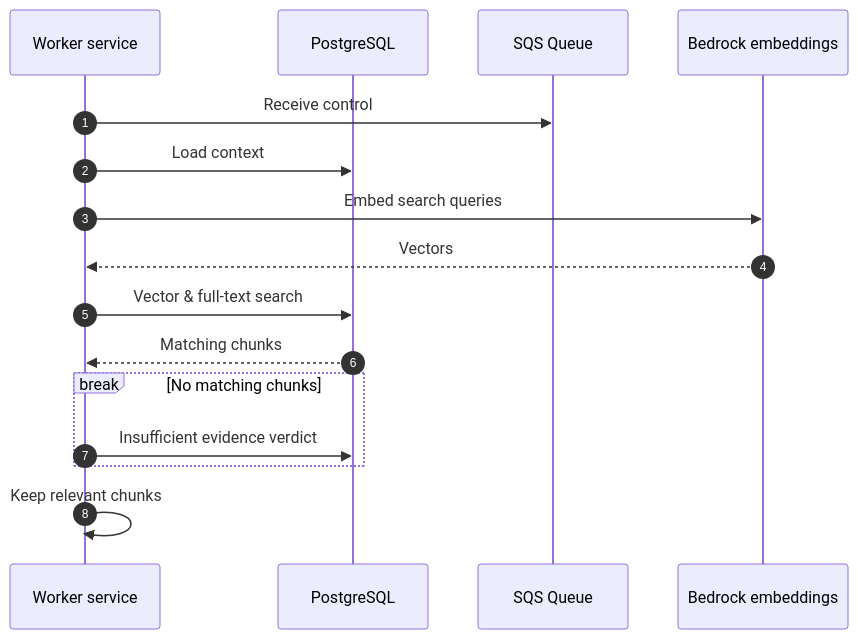
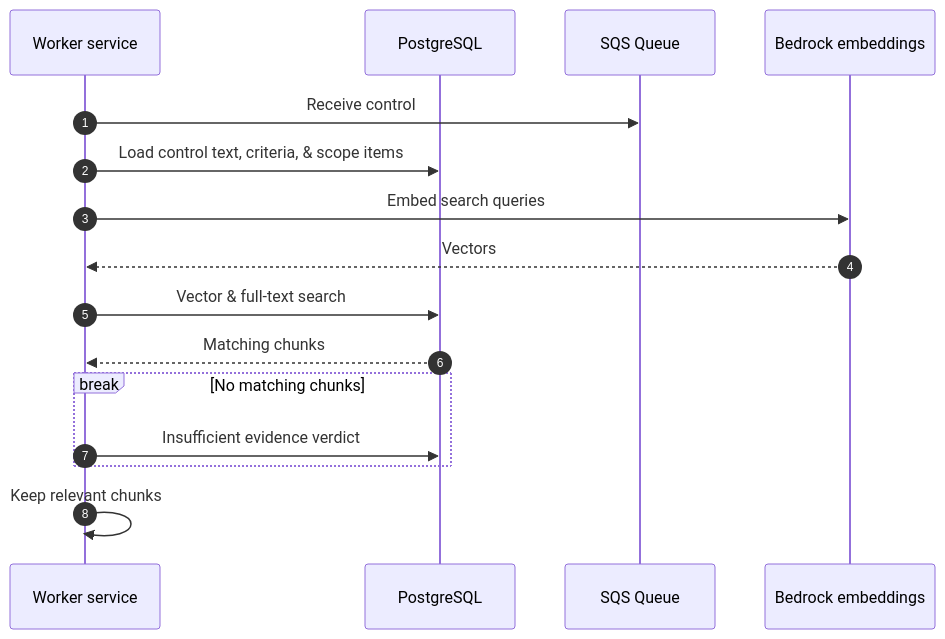
The seventh of 22 diagrams in README.md (DavidRHannah/compliance), drawn with Mermaid before and after one commit. The commit also changed other lines of this file and 2 other files, not shown here.

Commit message:
Framework management & assessment scope influence diagrams

````diff
--- a/README.md
+++ b/README.md
@@ -187,19 +187,19 @@
 ``` mermaid
 sequenceDiagram
     autonumber
     participant W as Worker service
     participant DB as PostgreSQL
     participant SQS as SQS Queue
     participant BR as Bedrock embeddings 
 
     W->>SQS: Receive control
-    W->>DB: Load context
+    W->>DB: Load control text, criteria, & scope items
     W->>BR: Embed search queries
     BR-->>W: Vectors
     W->>DB: Vector & full-text search
     DB-->>W: Matching chunks
     break No matching chunks
         W->>DB: Insufficient evidence verdict
     end
     W->>W: Keep relevant chunks
 ```
````
